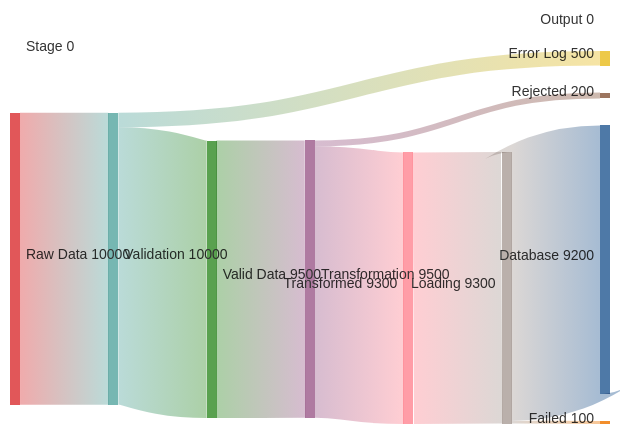
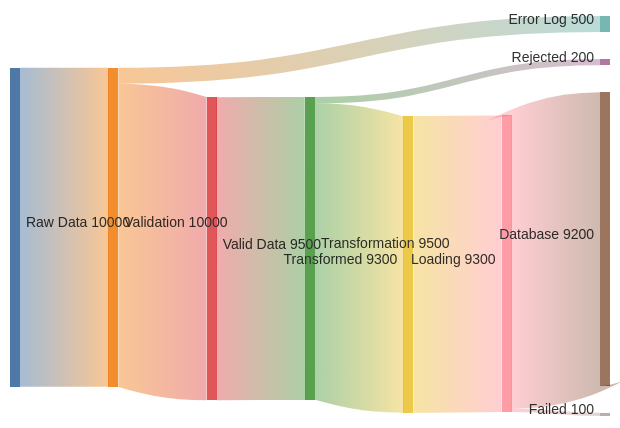
Diagram 12 of 19 in plugins/obsidian-blocks/skills/mermaid-diagramming/sankey.md (BitYoungjae/marketplace), drawn with Mermaid before and after one commit. The commit also changed other lines of this file and 14 other files, not shown here.

First line of the commit message:
feat(obsidian-blocks): add Session 3 Mermaid diagrams

````diff
--- a/plugins/obsidian-blocks/skills/mermaid-diagramming/sankey.md
+++ b/plugins/obsidian-blocks/skills/mermaid-diagramming/sankey.md
@@ -191,14 +244,14 @@
 ```mermaid
-sankey
+sankey-beta
 
-Stage,Output,Records
+%% Data processing pipeline
 Raw Data,Validation,10000
 Validation,Valid Data,9500
 Validation,Error Log,500
 Valid Data,Transformation,9500
 Transformation,Transformed,9300
 Transformation,Rejected,200
 Transformed,Loading,9300
 Loading,Database,9200
 Loading,Failed,100
 ```
````
